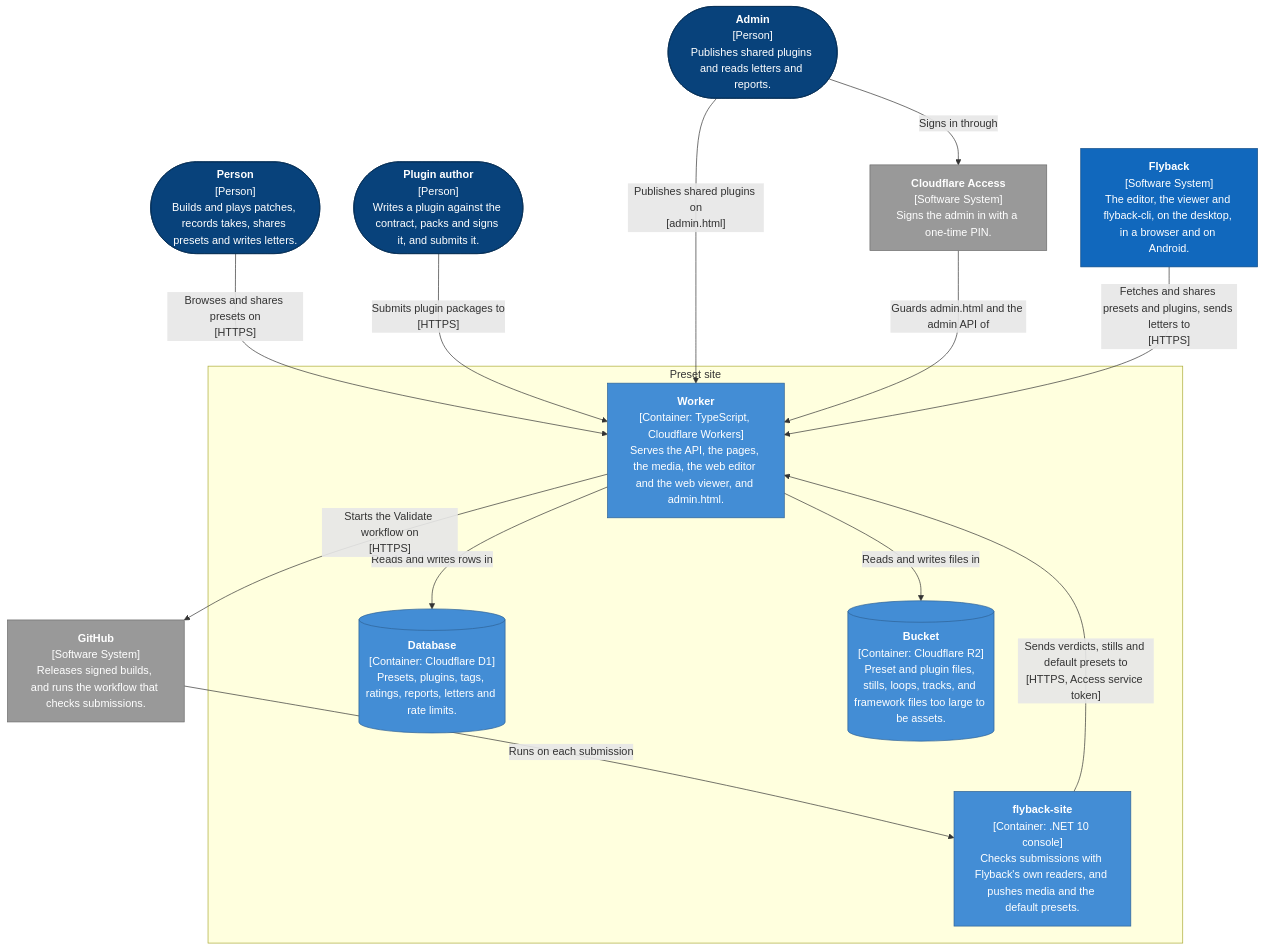
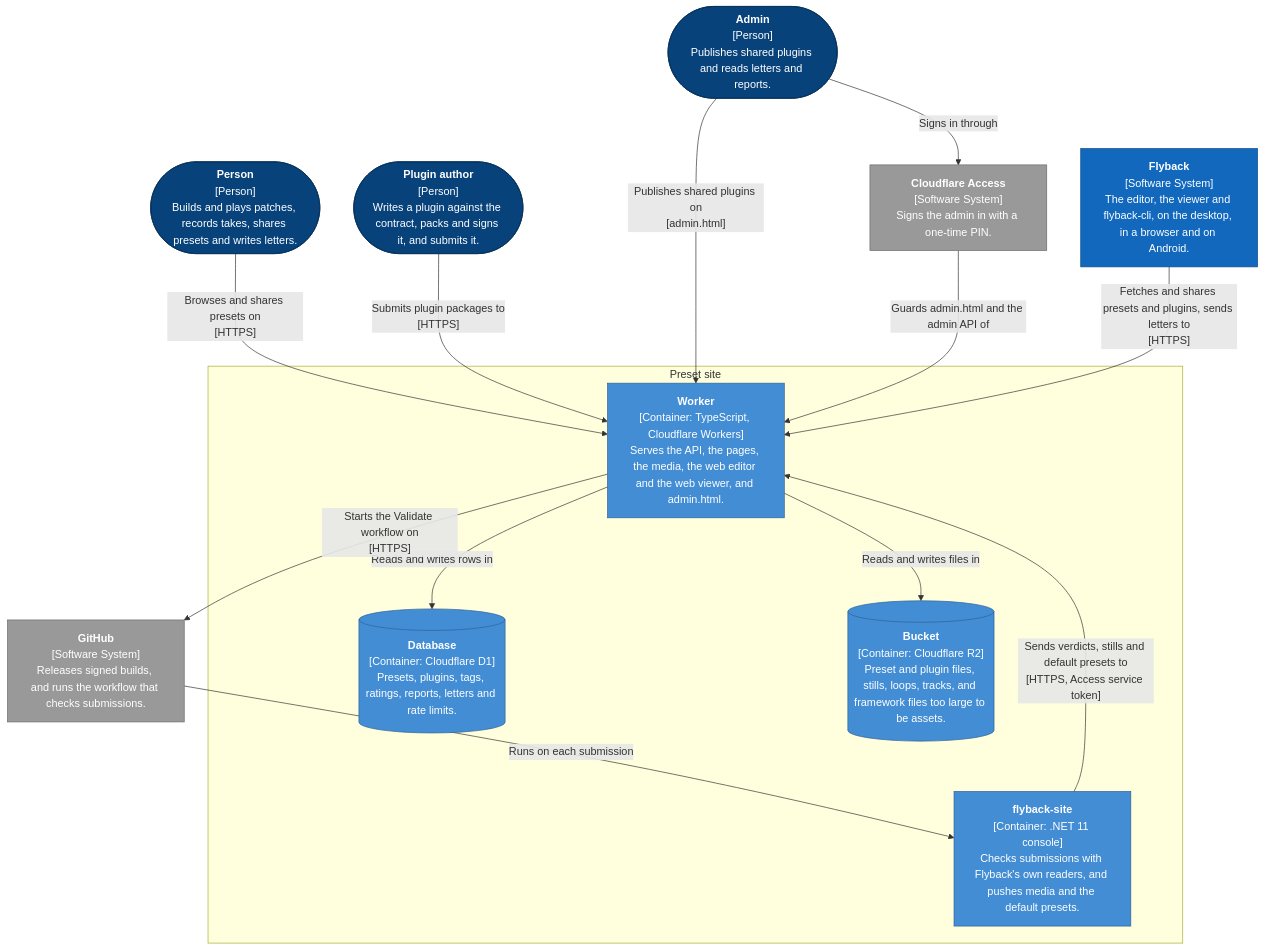
The diagram in docs/diagrams/site.md (markovcd/Flyback), drawn with Mermaid before and after one commit. The commit also changed 107 other files, not shown here.

First line of the commit message:
Flyback builds and runs on .NET 11

````diff
--- a/docs/diagrams/site.md
+++ b/docs/diagrams/site.md
@@ -5,33 +5,33 @@
 ```mermaid
 flowchart TB
     classDef person fill:#08427b,stroke:#052e56,color:#fff
     classDef system fill:#1168bd,stroke:#0b4884,color:#fff
     classDef container fill:#438dd5,stroke:#2e6295,color:#fff
     classDef store fill:#438dd5,stroke:#2e6295,color:#fff
     classDef external fill:#999999,stroke:#6b6b6b,color:#fff
 
     person(["<b>Person</b><br/>[Person]<br/>Builds and plays patches, records takes, shares presets and writes letters."]):::person
     pluginAuthor(["<b>Plugin author</b><br/>[Person]<br/>Writes a plugin against the contract, packs and signs it, and submits it."]):::person
     admin(["<b>Admin</b><br/>[Person]<br/>Publishes shared plugins and reads letters and reports."]):::person
     flyback["<b>Flyback</b><br/>[Software System]<br/>The editor, the viewer and flyback-cli, on the desktop, in a browser and on Android."]:::system
     subgraph presetSite["Preset site"]
         worker["<b>Worker</b><br/>[Container: TypeScript, Cloudflare Workers]<br/>Serves the API, the pages, the media, the web editor and the web viewer, and admin.html."]:::container
         d1[("<b>Database</b><br/>[Container: Cloudflare D1]<br/>Presets, plugins, tags, ratings, reports, letters and rate limits.")]:::store
         r2[("<b>Bucket</b><br/>[Container: Cloudflare R2]<br/>Preset and plugin files, stills, loops, tracks, and framework files too large to be assets.")]:::store
-        flybackSite["<b>flyback-site</b><br/>[Container: .NET 10 console]<br/>Checks submissions with Flyback's own readers, and pushes media and the default presets."]:::container
+        flybackSite["<b>flyback-site</b><br/>[Container: .NET 11 console]<br/>Checks submissions with Flyback's own readers, and pushes media and the default presets."]:::container
     end
     cloudflareAccess["<b>Cloudflare Access</b><br/>[Software System]<br/>Signs the admin in with a one-time PIN."]:::external
     github["<b>GitHub</b><br/>[Software System]<br/>Releases signed builds, and runs the workflow that checks submissions."]:::external
 
     person -- "Browses and shares presets on<br/>[HTTPS]" --> worker
     pluginAuthor -- "Submits plugin packages to<br/>[HTTPS]" --> worker
     admin -- "Publishes shared plugins on<br/>[admin.html]" --> worker
     admin -- "Signs in through" --> cloudflareAccess
     cloudflareAccess -- "Guards admin.html and the admin API of" --> worker
     flyback -- "Fetches and shares presets and plugins, sends letters to<br/>[HTTPS]" --> worker
     worker -- "Reads and writes rows in" --> d1
     worker -- "Reads and writes files in" --> r2
     worker -- "Starts the Validate workflow on<br/>[HTTPS]" --> github
     github -- "Runs on each submission" --> flybackSite
     flybackSite -- "Sends verdicts, stills and default presets to<br/>[HTTPS, Access service token]" --> worker
 ```
````
